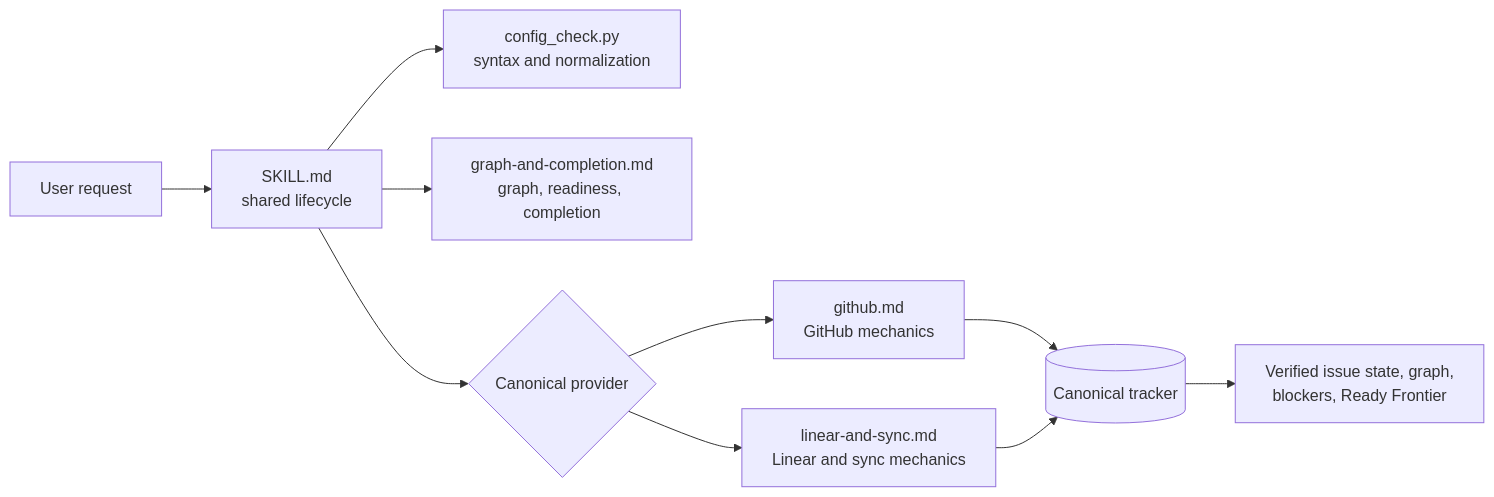
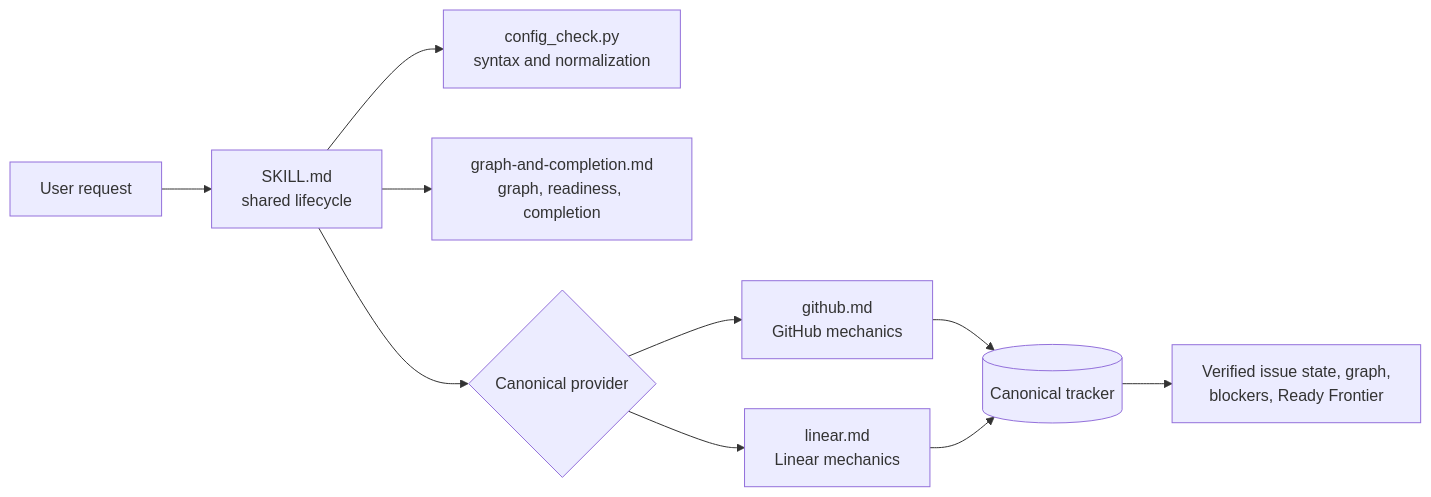
The second of 4 diagrams in plans/2026-08-14-1227-refactor-simplify-managing-issues-plan.md (jrgilbertson/the-rookery), drawn with Mermaid before and after one commit. The commit also changed other lines of this file and 25 other files, not shown here.

````diff
--- a/plans/2026-08-14-1227-refactor-simplify-managing-issues-plan.md
+++ b/plans/2026-08-14-1227-refactor-simplify-managing-issues-plan.md
@@ -254,12 +254,12 @@
 ```mermaid
 flowchart LR
   U[User request] --> S[SKILL.md\nshared lifecycle]
   S --> C[config_check.py\nsyntax and normalization]
   S --> G[graph-and-completion.md\ngraph, readiness, completion]
   S --> P{Canonical provider}
   P --> GH[github.md\nGitHub mechanics]
-  P --> LI[linear-and-sync.md\nLinear and sync mechanics]
+  P --> LI[linear.md\nLinear mechanics]
   GH --> T[(Canonical tracker)]
   LI --> T
   T --> R[Verified issue state, graph,\nblockers, Ready Frontier]
 ```
````
